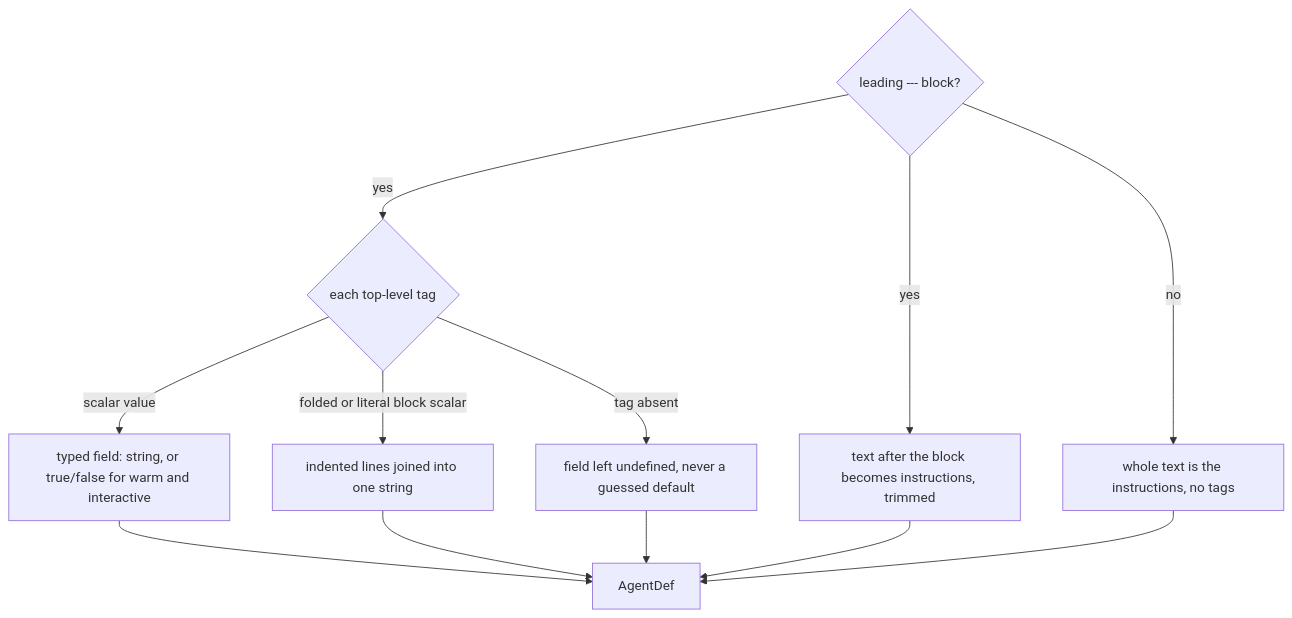
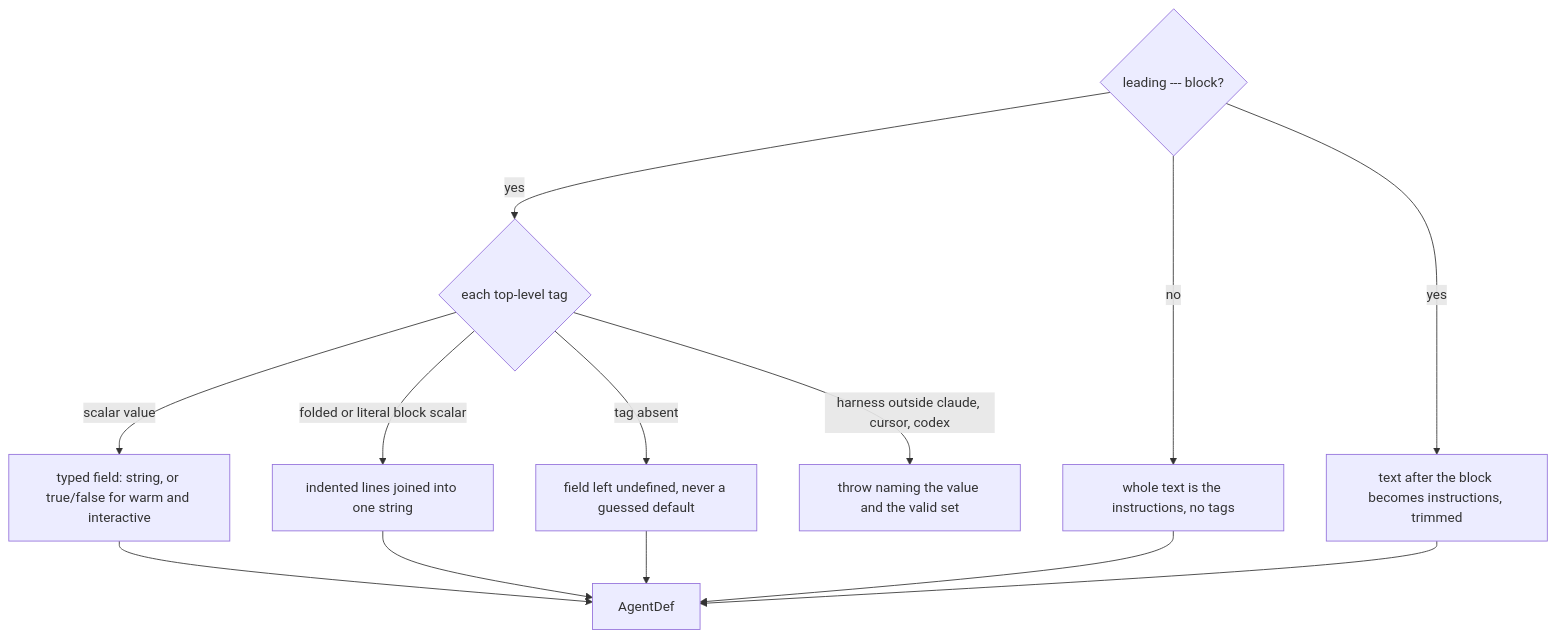
Before and after one commit to cyberuni/cyberlegion: the second of 4 diagrams in packages/cyberlegion/.agents/spec/agent/README.md, drawn with Mermaid. The commit also changed other lines of this file and 8 other files, not shown here.

First line of the commit message:
fix: refuse an unknown harness tag when resolving an agent def (#61)

````diff
--- a/packages/cyberlegion/.agents/spec/agent/README.md
+++ b/packages/cyberlegion/.agents/spec/agent/README.md
@@ -143,14 +145,15 @@
 ```mermaid
 graph TD
   PARSE{leading --- block?} -->|yes| TAG{each top-level tag}
   PARSE -->|no| WHOLE[whole text is the instructions, no tags]
   PARSE -->|yes| BODY[text after the block becomes instructions, trimmed]
   TAG -->|scalar value| SCALAR[typed field: string, or true/false for warm and interactive]
   TAG -->|folded or literal block scalar| BLOCK[indented lines joined into one string]
   TAG -->|tag absent| ABSENT[field left undefined, never a guessed default]
+  TAG -->|harness outside claude, cursor, codex| BADHARNESS[throw naming the value and the valid set]
   SCALAR --> DEF[AgentDef]
   BLOCK --> DEF
   ABSENT --> DEF
   BODY --> DEF
   WHOLE --> DEF
 ```
````
